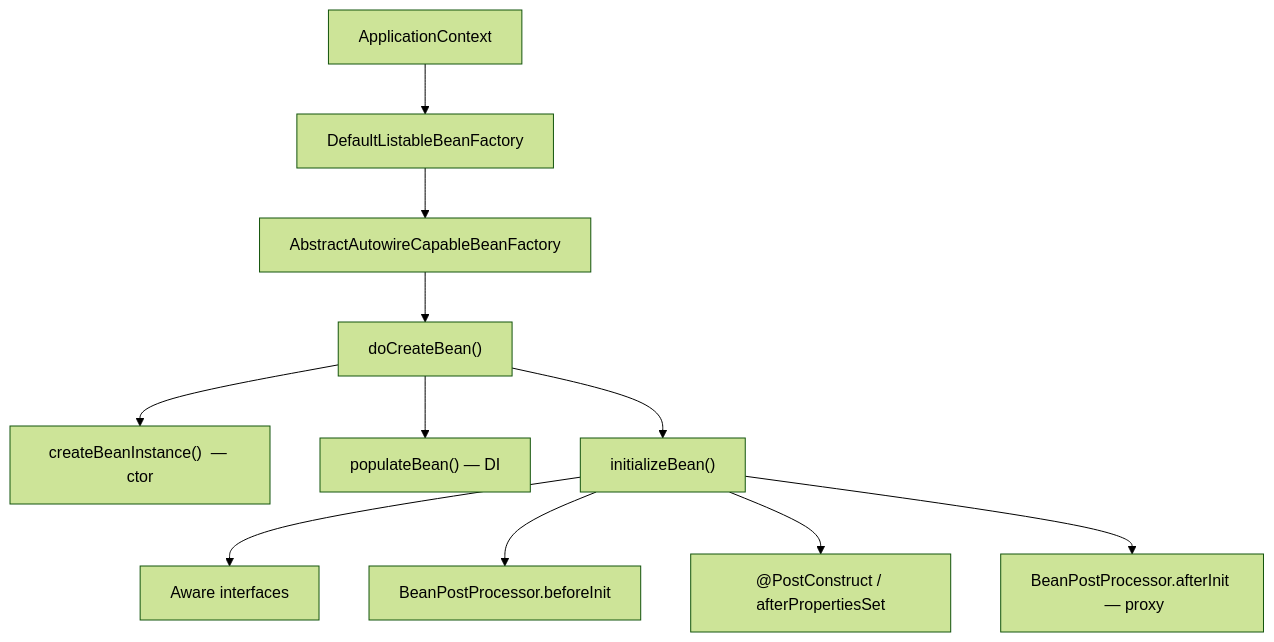
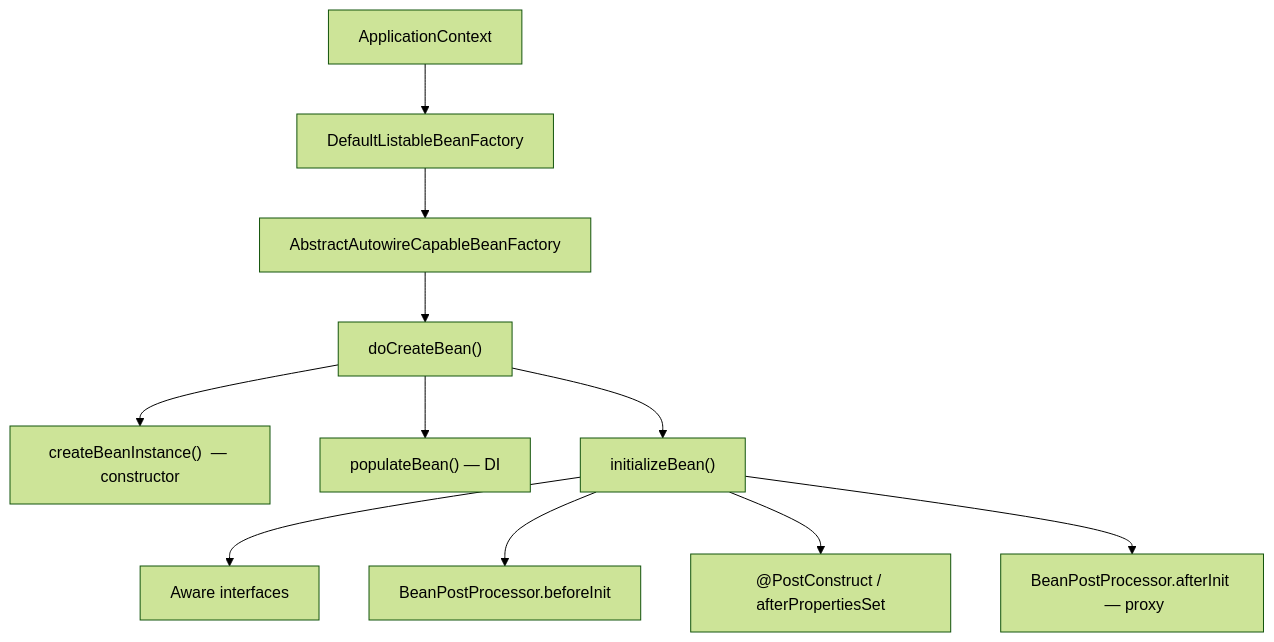
One commit to pradhansoumik/SPRING_BOOT_CONCEPTS changed the second of 2 diagrams in 02-ioc-di/BEAN-SCOPE-AND-LIFECYCLE.md. Above: the diagram before and after it, drawn with Mermaid (forest theme). The commit also changed other lines of this file, not shown here.

Commit message:
ctor = constructor

````diff
--- a/02-ioc-di/BEAN-SCOPE-AND-LIFECYCLE.md
+++ b/02-ioc-di/BEAN-SCOPE-AND-LIFECYCLE.md
@@ -157,16 +157,16 @@
 ```mermaid
 flowchart TB
   CTX["ApplicationContext"]
   BF["DefaultListableBeanFactory"]
   AACBF["AbstractAutowireCapableBeanFactory"]
   CTX --> BF
   BF --> AACBF
   AACBF --> DCB["doCreateBean()"]
-  DCB --> CBI["createBeanInstance()  — ctor"]
+  DCB --> CBI["createBeanInstance()  — constructor"]
   DCB --> PB["populateBean()  — DI"]
   DCB --> IB["initializeBean()"]
   IB --> AW["Aware interfaces"]
   IB --> BPP1["BeanPostProcessor.beforeInit"]
   IB --> INIT["@PostConstruct / afterPropertiesSet"]
   IB --> BPP2["BeanPostProcessor.afterInit  — proxy"]
 ```
````
